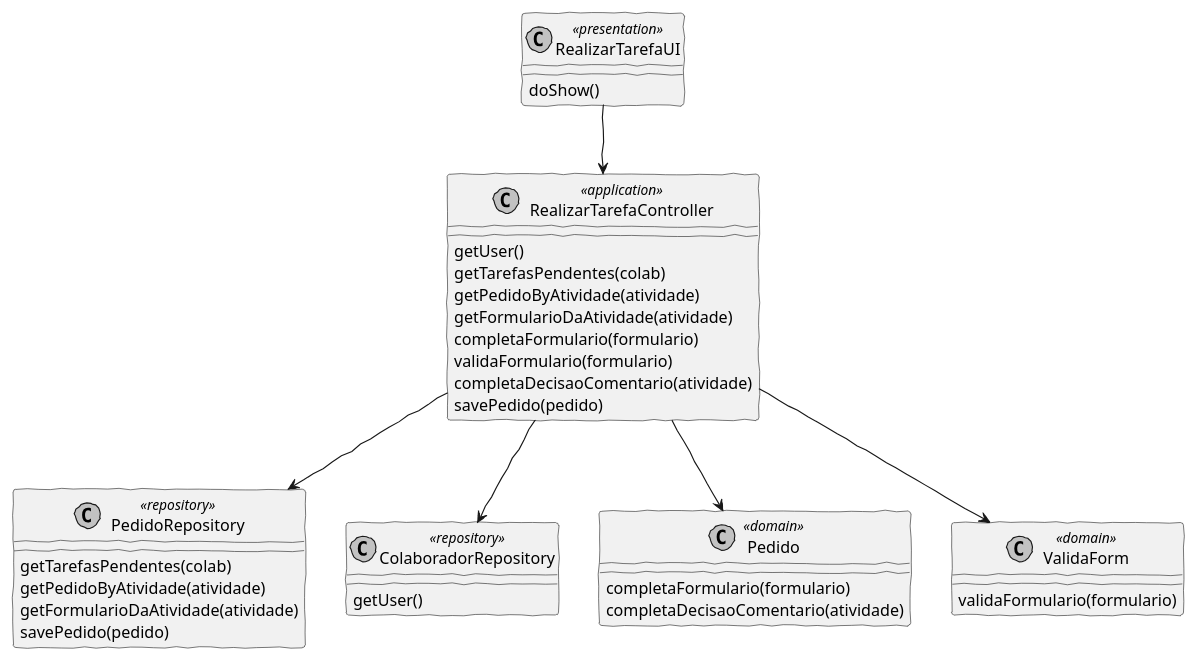
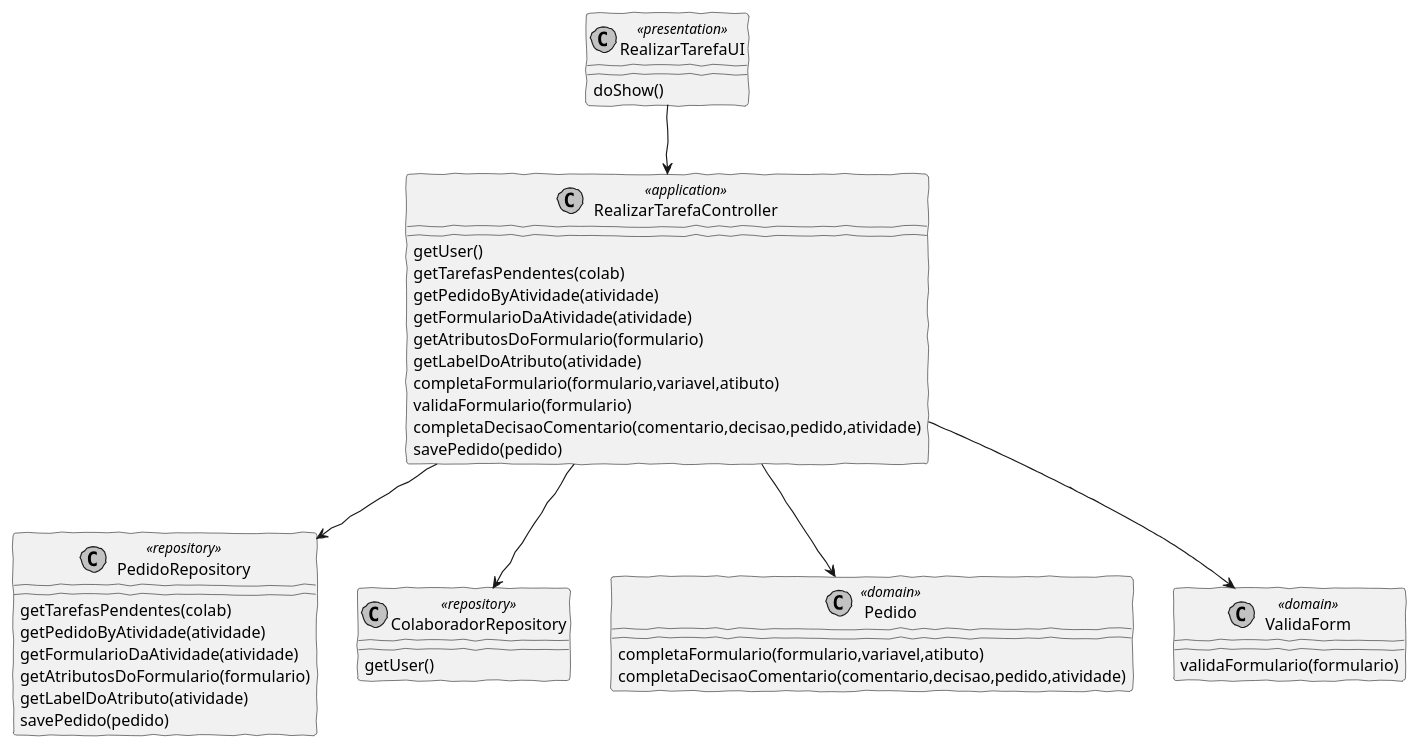
The diagram in docs/Sprint D/1190429/US3023/CD3023.puml (pedrolemos4/LAPR4), drawn with PlantUML before and after one commit. The commit also changed 3 other files, not shown here.

```diff
--- a/docs/Sprint D/1190429/US3023/CD3023.puml
+++ b/docs/Sprint D/1190429/US3023/CD3023.puml
@@ -1,45 +1,49 @@
 @startuml
 'http://plantuml.com/skinparam.html
 skinparam handwritten true
 skinparam monochrome true
 skinparam packageStyle rect
 skinparam defaultFontName FG Virgil
 skinparam shadowing false
 
 class RealizarTarefaUI <<presentation>>
 class RealizarTarefaController <<application>>
 class PedidoRepository <<repository>>
 class ColaboradorRepository <<repository>>
 class Pedido <<domain>>
 class ValidaForm <<domain>>
 
 RealizarTarefaUI --> RealizarTarefaController
 RealizarTarefaUI : doShow()
 
 RealizarTarefaController : getUser()
 RealizarTarefaController : getTarefasPendentes(colab)
 RealizarTarefaController : getPedidoByAtividade(atividade)
 RealizarTarefaController : getFormularioDaAtividade(atividade)
-RealizarTarefaController : completaFormulario(formulario)
+RealizarTarefaController : getAtributosDoFormulario(formulario)
+RealizarTarefaController : getLabelDoAtributo(atividade)
+RealizarTarefaController : completaFormulario(formulario,variavel,atibuto)
 RealizarTarefaController : validaFormulario(formulario)
-RealizarTarefaController : completaDecisaoComentario(atividade)
+RealizarTarefaController : completaDecisaoComentario(comentario,decisao,pedido,atividade)
 RealizarTarefaController : savePedido(pedido)
 
-Pedido : completaFormulario(formulario)
-Pedido : completaDecisaoComentario(atividade)
+Pedido : completaFormulario(formulario,variavel,atibuto)
+Pedido : completaDecisaoComentario(comentario,decisao,pedido,atividade)
 
 ValidaForm : validaFormulario(formulario)
 
 RealizarTarefaController --> PedidoRepository
 RealizarTarefaController --> ColaboradorRepository
 RealizarTarefaController --> Pedido
 RealizarTarefaController --> ValidaForm
 
 ColaboradorRepository : getUser()
 
 PedidoRepository : getTarefasPendentes(colab)
 PedidoRepository : getPedidoByAtividade(atividade)
 PedidoRepository : getFormularioDaAtividade(atividade)
+PedidoRepository : getAtributosDoFormulario(formulario)
+PedidoRepository : getLabelDoAtributo(atividade)
 PedidoRepository : savePedido(pedido)
 
 @enduml
```
